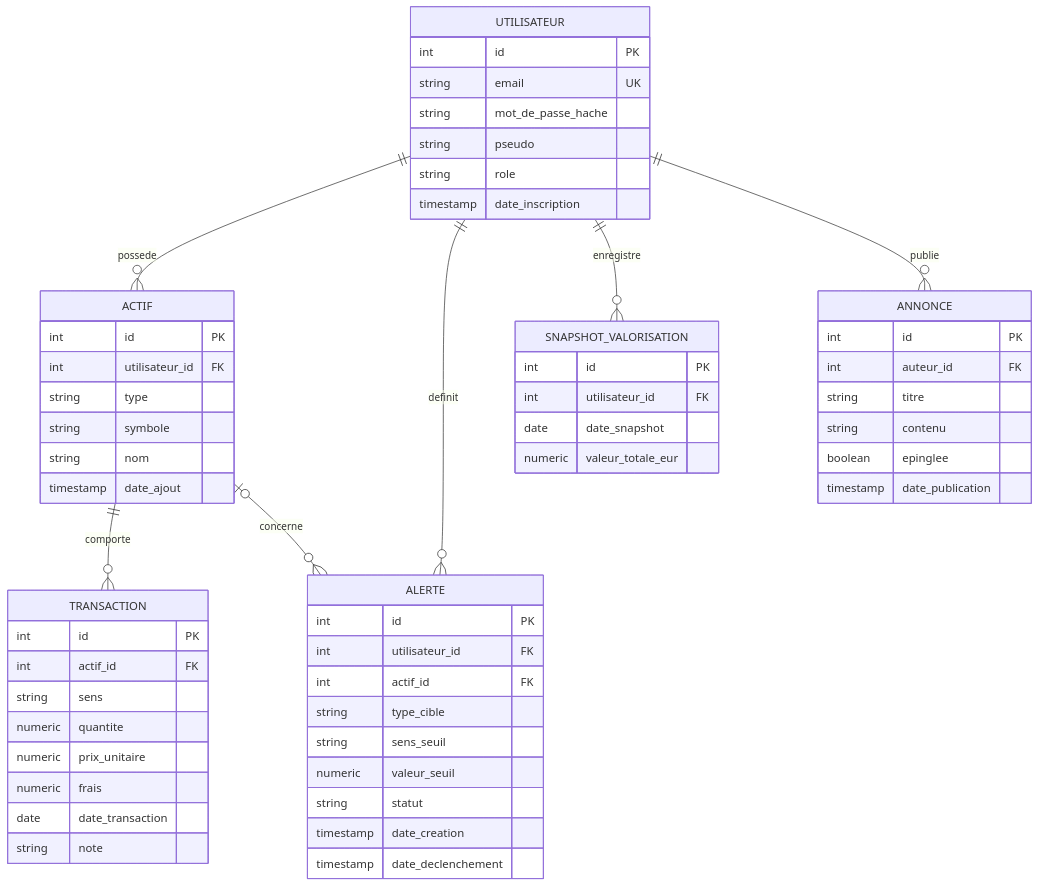
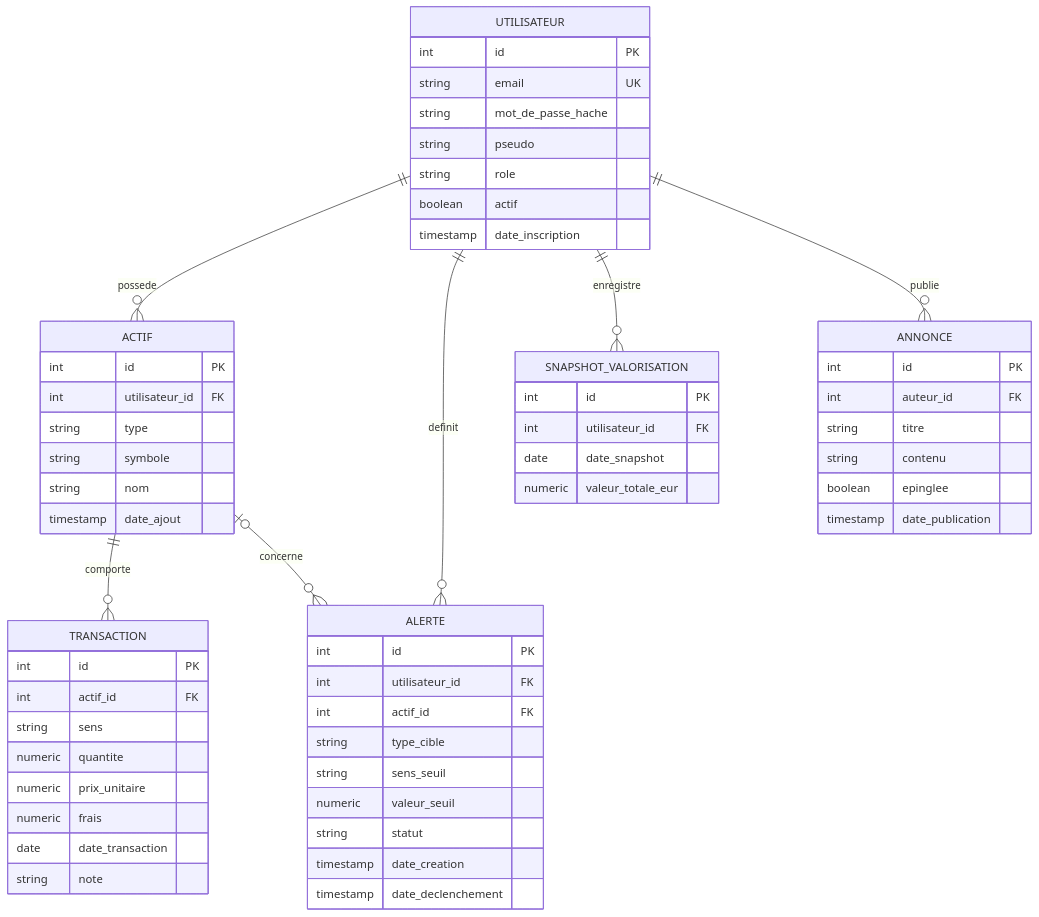
Before and after one commit to geoffrey-carpentier/CapitAll: the diagram in docs/conception/modele-de-donnees.md, drawn with Mermaid. The commit also changed other lines of this file and 8 other files, not shown here.

````diff
--- a/docs/conception/modele-de-donnees.md
+++ b/docs/conception/modele-de-donnees.md
@@ -123,61 +125,62 @@
 ```mermaid
 erDiagram
     UTILISATEUR ||--o{ ACTIF : possede
     ACTIF ||--o{ TRANSACTION : comporte
     UTILISATEUR ||--o{ ALERTE : definit
     ACTIF |o--o{ ALERTE : concerne
     UTILISATEUR ||--o{ SNAPSHOT_VALORISATION : enregistre
     UTILISATEUR ||--o{ ANNONCE : publie
 
     UTILISATEUR {
         int id PK
         string email UK
         string mot_de_passe_hache
         string pseudo
         string role
+        boolean actif
         timestamp date_inscription
     }
     ACTIF {
         int id PK
         int utilisateur_id FK
         string type
         string symbole
         string nom
         timestamp date_ajout
     }
     TRANSACTION {
         int id PK
         int actif_id FK
         string sens
         numeric quantite
         numeric prix_unitaire
         numeric frais
         date date_transaction
         string note
     }
     ALERTE {
         int id PK
         int utilisateur_id FK
         int actif_id FK
         string type_cible
         string sens_seuil
         numeric valeur_seuil
         string statut
         timestamp date_creation
         timestamp date_declenchement
     }
     SNAPSHOT_VALORISATION {
         int id PK
         int utilisateur_id FK
         date date_snapshot
         numeric valeur_totale_eur
     }
     ANNONCE {
         int id PK
         int auteur_id FK
         string titre
         string contenu
         boolean epinglee
         timestamp date_publication
     }
 ```
````
